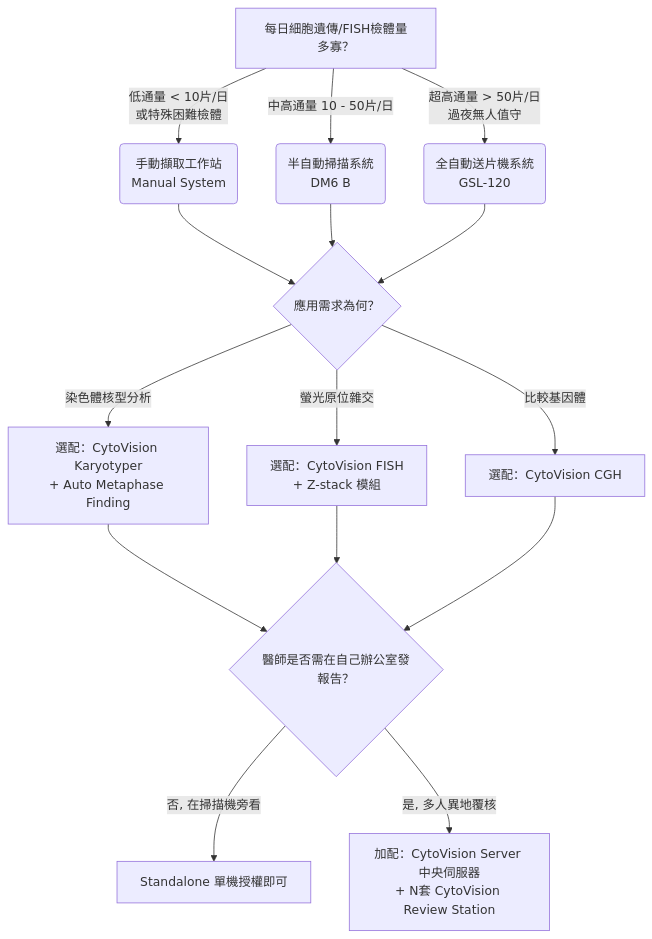
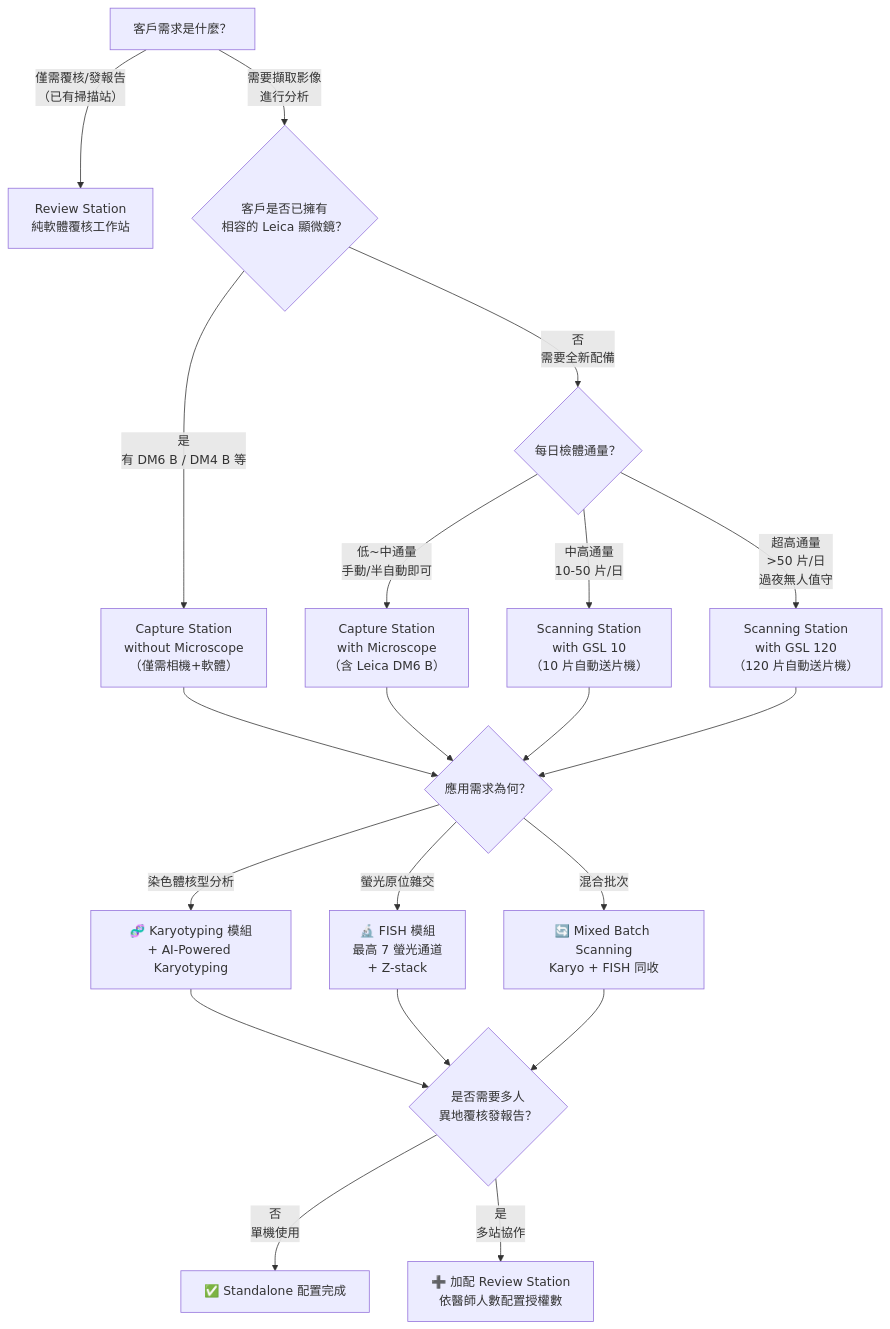
Before and after one commit to Barron486/GMLBS: the diagram in content/DP/CytoVision/Leica的訂貨產品資訊.md, drawn with Mermaid. The commit also changed other lines of this file and 1 other file, not shown here.

````diff
--- a/content/DP/CytoVision/Leica的訂貨產品資訊.md
+++ b/content/DP/CytoVision/Leica的訂貨產品資訊.md
@@ -11,21 +11,28 @@
 ```mermaid
 graph TD
-    A[每日細胞遺傳/FISH檢體量多寡？] -->|低通量 < 10片/日<br>或特殊困難檢體| B(手動擷取工作站<br>Manual System)
-    A -->|中高通量 10 - 50片/日| C(半自動掃描系統<br>DM6 B)
-    A -->|超高通量 > 50片/日<br>過夜無人值守| D(全自動送片機系統<br>GSL-120)
+    A["客戶需求是什麼？"] -->|"僅需覆核/發報告<br>（已有掃描站）"| B["Review Station<br>純軟體覆核工作站"]
+    A -->|"需要擷取影像<br>進行分析"| C{"客戶是否已擁有<br>相容的 Leica 顯微鏡？"}
 
-    B --> E{應用需求為何？}
-    C --> E
-    D --> E
+    C -->|"是<br>有 DM6 B / DM4 B 等"| D["Capture Station<br>without Microscope<br>（僅需相機+軟體）"]
+    C -->|"否<br>需要全新配備"| E{"每日檢體通量？"}
 
-    E -->|染色體核型分析| F[選配：CytoVision Karyotyper<br>+ Auto Metaphase Finding]
-    E -->|螢光原位雜交| G[選配：CytoVision FISH<br>+ Z-stack 模組]
-    E -->|比較基因體| H[選配：CytoVision CGH]
+    E -->|"低~中通量<br>手動/半自動即可"| F["Capture Station<br>with Microscope<br>（含 Leica DM6 B）"]
+    E -->|"中高通量<br>10-50 片/日"| G["Scanning Station<br>with GSL 10<br>（10 片自動送片機）"]
+    E -->|"超高通量<br>>50 片/日<br>過夜無人值守"| H["Scanning Station<br>with GSL 120<br>（120 片自動送片機）"]
 
-    F --> I{醫師是否需在自己辦公室發報告？}
+    D --> I{"應用需求為何？"}
+    F --> I
     G --> I
     H --> I
 
-    I -->|否, 在掃描機旁看| J[Standalone 單機授權即可]
-    I -->|是, 多人異地覆核| K[加配：CytoVision Server 中央伺服器<br>+ N套 CytoVision Review Station]
+    I -->|"染色體核型分析"| J["🧬 Karyotyping 模組<br>+ AI-Powered Karyotyping"]
+    I -->|"螢光原位雜交"| K["🔬 FISH 模組<br>最高 7 螢光通道<br>+ Z-stack"]
+    I -->|"混合批次"| L["🔄 Mixed Batch Scanning<br>Karyo + FISH 同收"]
+
+    J --> M{"是否需要多人<br>異地覆核發報告？"}
+    K --> M
+    L --> M
+
+    M -->|"否<br>單機使用"| N["✅ Standalone 配置完成"]
+    M -->|"是<br>多站協作"| O["➕ 加配 Review Station<br>依醫師人數配置授權數"]
 ```
````
